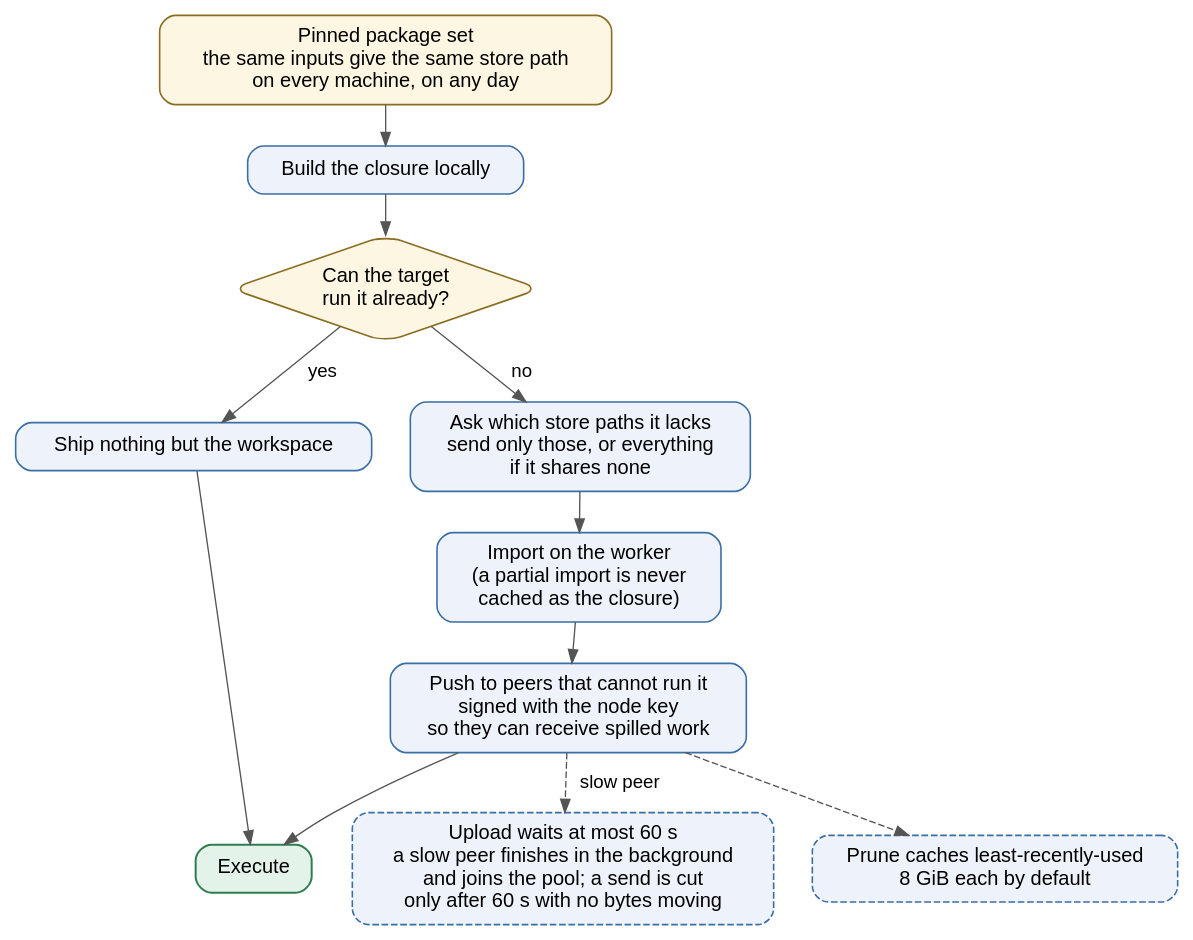
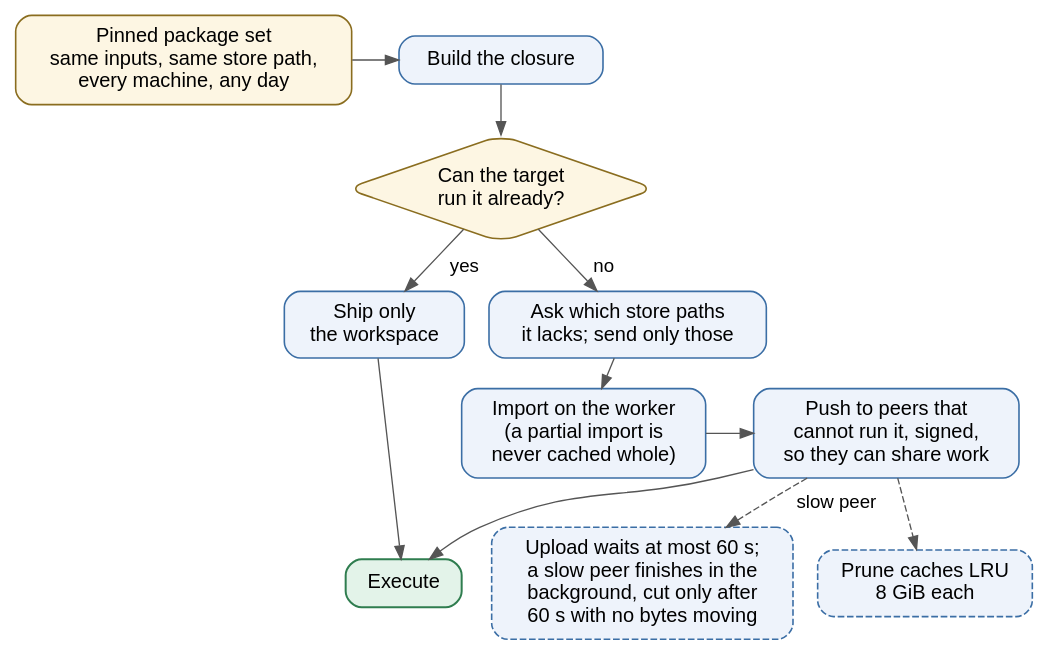
One commit to vinayakyadav2709/Pipedpeer changed the diagram in docs/diagrams/src/fig_4.6_closure_cache.dot. Above: the diagram before and after it, drawn with Graphviz. The commit also changed 49 other files, not shown here.

```diff
--- a/docs/diagrams/src/fig_4.6_closure_cache.dot
+++ b/docs/diagrams/src/fig_4.6_closure_cache.dot
@@ -1,31 +1,34 @@
 // Figure 4.6 - Closure transfer: the store path is the cache key, and the
 // store path is also the unit of transfer.
 digraph ClosureCache {
-  rankdir=TB; bgcolor="white"; nodesep=0.40; ranksep=0.42;
+  rankdir=TB; newrank=true; bgcolor="white"; nodesep=0.25; ranksep=0.30;
   node [fontname="Helvetica", fontsize=15, shape=box, style="rounded,filled",
         fillcolor="#eef3fb", color="#3b6ea5", penwidth=1.2, margin="0.18,0.11"];
   edge [fontname="Helvetica", fontsize=14, color="#555555"];
 
-  pin  [label="Pinned package set\nthe same inputs give the same store path\non every machine, on any day",
+  pin  [label="Pinned package set\nsame inputs, same store path,\nevery machine, any day",
         fillcolor="#fdf6e3", color="#8a6d1f"];
-  bld  [label="Build the closure locally"];
+  bld  [label="Build the closure"];
   ask  [label="Can the target\nrun it already?", shape=diamond,
         fillcolor="#fdf6e3", color="#8a6d1f", margin="0.04"];
-  skip [label="Ship nothing but the workspace"];
-  diff [label="Ask which store paths it lacks\nsend only those, or everything\nif it shares none"];
-  imp  [label="Import on the worker\n(a partial import is never\ncached as the closure)"];
-  bcast[label="Push to peers that cannot run it\nsigned with the node key\nso they can receive spilled work"];
-  bg   [label="Upload waits at most 60 s\na slow peer finishes in the background\nand joins the pool; a send is cut\nonly after 60 s with no bytes moving", style="rounded,filled,dashed"];
-  prune[label="Prune caches least-recently-used\n8 GiB each by default", style="rounded,filled,dashed"];
+  skip [label="Ship only\nthe workspace"];
+  diff [label="Ask which store paths\nit lacks; send only those"];
+  imp  [label="Import on the worker\n(a partial import is\nnever cached whole)"];
+  bcast[label="Push to peers that\ncannot run it, signed,\nso they can share work"];
+  bg   [label="Upload waits at most 60 s;\na slow peer finishes in the\nbackground, cut only after\n60 s with no bytes moving", style="rounded,filled,dashed"];
+  prune[label="Prune caches LRU\n8 GiB each", style="rounded,filled,dashed"];
   run  [label="Execute", fillcolor="#e3f3e9", color="#2f7d4f", penwidth=1.5];
 
   pin -> bld -> ask;
   ask -> skip [label="  yes  "];
   ask -> diff [label="  no  "];
   diff -> imp -> bcast;
   bcast -> bg [style=dashed, label="  slow peer  "];
   bcast -> prune [style=dashed];
   skip -> run;
   bcast -> run;
   { rank=same; skip; diff; }
+  { rank=same; pin; bld; }
+  { rank=same; imp; bcast; }
+  { rank=same; bg; prune; run; }
 }
```
